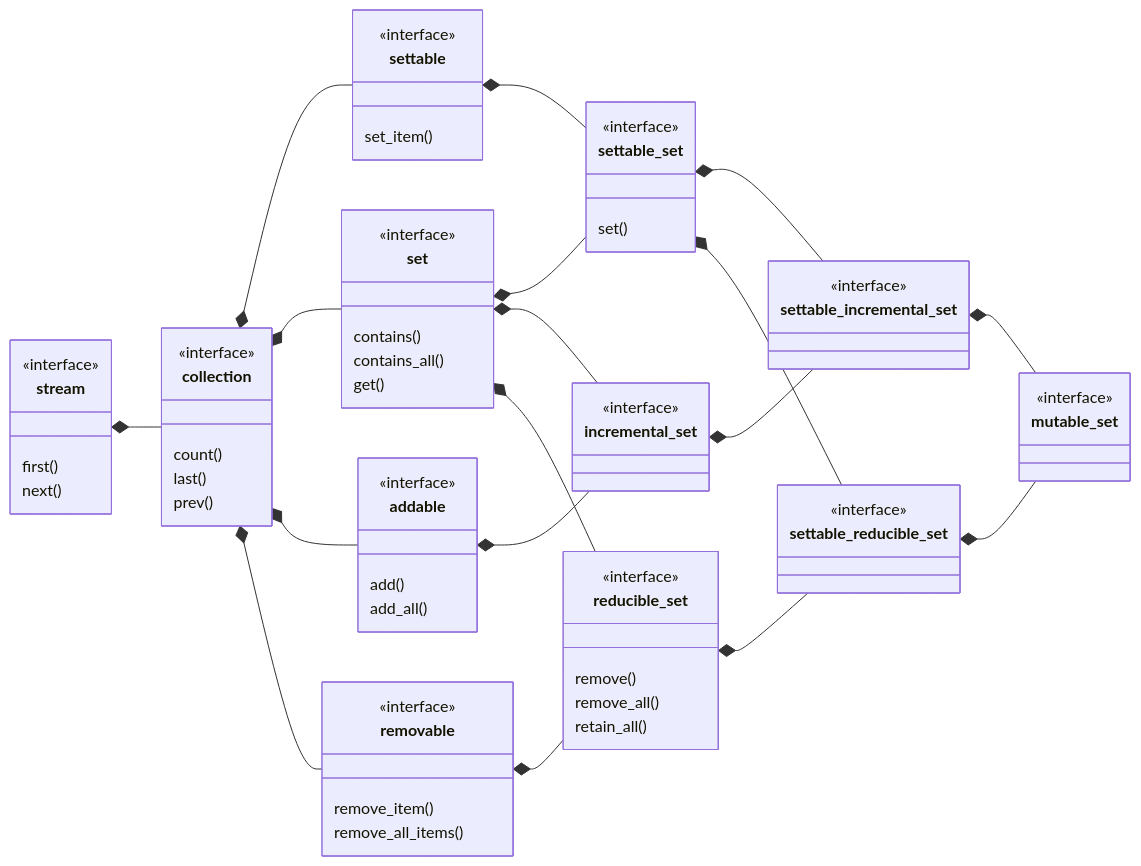
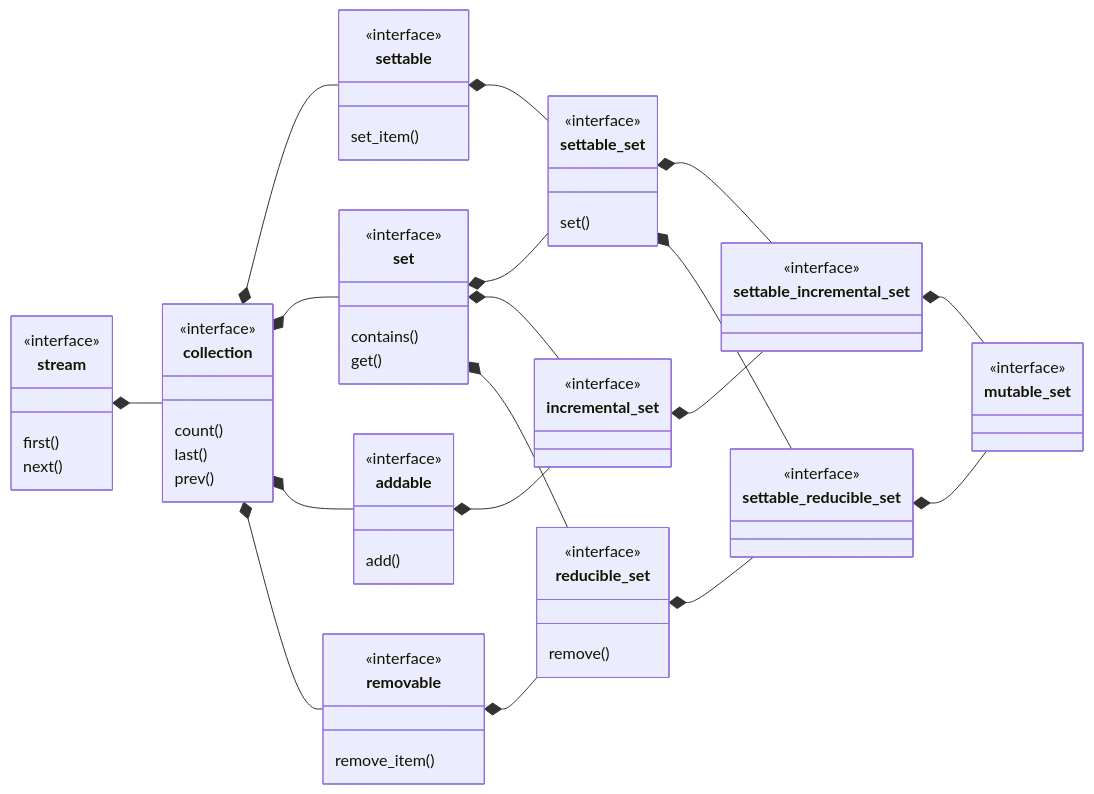
The diagram in doc/mutable_set.md (pretore/aquarium-butterflyfish), drawn with Mermaid before and after one commit. The commit also changed 387 other files, not shown here.

````diff
--- a/doc/mutable_set.md
+++ b/doc/mutable_set.md
@@ -3,70 +3,65 @@
 ```mermaid
 classDiagram
     direction LR
     class stream {
         first()
         next()
     }
     <<interface>> stream
     class collection {
         count()
         last()
         prev()
     }
     <<interface>> collection
     stream *-- collection
     class settable {
         set_item()
     }
     <<interface>> settable
     collection *-- settable
     class set {
         contains()
-        contains_all()
         get()
     }
     <<interface>> set
     collection *-- set
     class addable {
         add()
-        add_all()
     }
     <<interface>> addable
     collection *-- addable
     class removable {
         remove_item()
-        remove_all_items()
     }
     <<interface>> removable
     collection *-- removable
     class settable_set {
         set()
     }
     <<interface>> settable_set
     settable *-- settable_set
     set *-- settable_set
     class incremental_set
     <<interface>> incremental_set
     set *-- incremental_set
     addable *-- incremental_set
     class reducible_set {
         remove()
-        remove_all()
-        retain_all()
     }
     <<interface>> reducible_set
     removable *-- reducible_set
     set *-- reducible_set
     class settable_incremental_set
     <<interface>> settable_incremental_set
     settable_set *-- settable_incremental_set
     incremental_set *-- settable_incremental_set
     class settable_reducible_set
     <<interface>> settable_reducible_set
     settable_set *-- settable_reducible_set
     reducible_set *-- settable_reducible_set
     class mutable_set
     <<interface>> mutable_set
     settable_incremental_set *-- mutable_set
     settable_reducible_set *-- mutable_set
 ```
````
